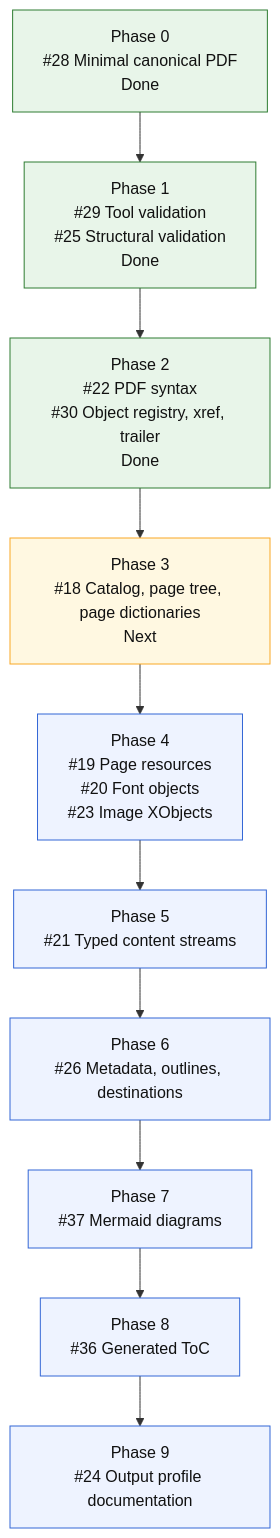
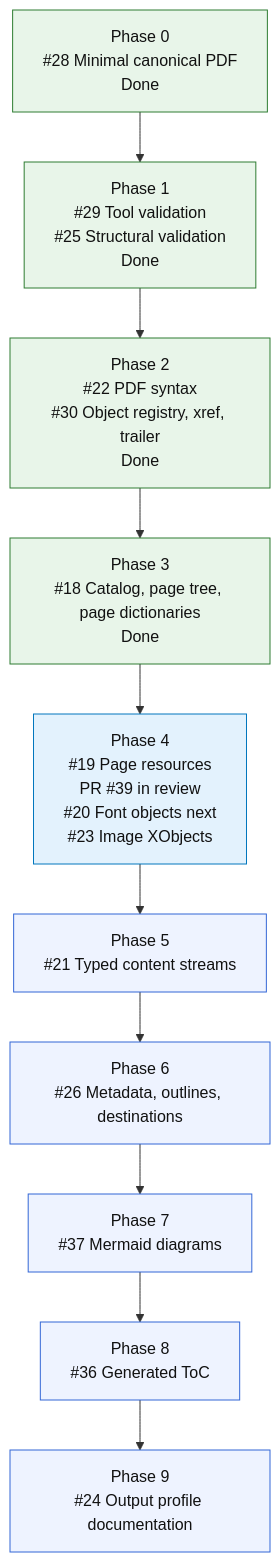
The diagram in README.md (mihaelamj/MarkdownPDF), drawn with Mermaid before and after one commit. The commit also changed other lines of this file and 7 other files, not shown here.

Commit message:
refactor(pdf): track typed page resources

````diff
--- a/README.md
+++ b/README.md
@@ -124,22 +126,23 @@
 ```mermaid
 flowchart TD
     P0["Phase 0<br/>#28 Minimal canonical PDF<br/>Done"]
     P1["Phase 1<br/>#29 Tool validation<br/>#25 Structural validation<br/>Done"]
     P2["Phase 2<br/>#22 PDF syntax<br/>#30 Object registry, xref, trailer<br/>Done"]
-    P3["Phase 3<br/>#18 Catalog, page tree, page dictionaries<br/>Next"]
-    P4["Phase 4<br/>#19 Page resources<br/>#20 Font objects<br/>#23 Image XObjects"]
+    P3["Phase 3<br/>#18 Catalog, page tree, page dictionaries<br/>Done"]
+    P4["Phase 4<br/>#19 Page resources<br/>PR #39 in review<br/>#20 Font objects next<br/>#23 Image XObjects"]
     P5["Phase 5<br/>#21 Typed content streams"]
     P6["Phase 6<br/>#26 Metadata, outlines, destinations"]
     P7["Phase 7<br/>#37 Mermaid diagrams"]
     P8["Phase 8<br/>#36 Generated ToC"]
     P9["Phase 9<br/>#24 Output profile documentation"]
 
     P0 --> P1 --> P2 --> P3 --> P4 --> P5 --> P6 --> P7 --> P8 --> P9
 
     classDef done fill:#e8f5e9,stroke:#2e7d32,color:#111;
+    classDef review fill:#e3f2fd,stroke:#0277bd,color:#111;
     classDef next fill:#fff8e1,stroke:#f9a825,color:#111;
     classDef todo fill:#eef3ff,stroke:#3367d6,color:#111;
-    class P0,P1,P2 done;
-    class P3 next;
-    class P4,P5,P6,P7,P8,P9 todo;
+    class P0,P1,P2,P3 done;
+    class P4 review;
+    class P5,P6,P7,P8,P9 todo;
 ```
````
